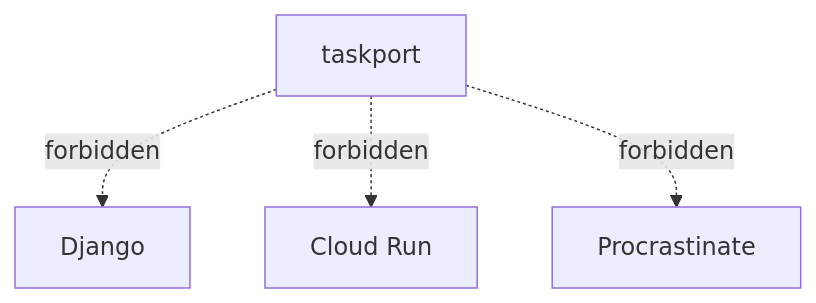
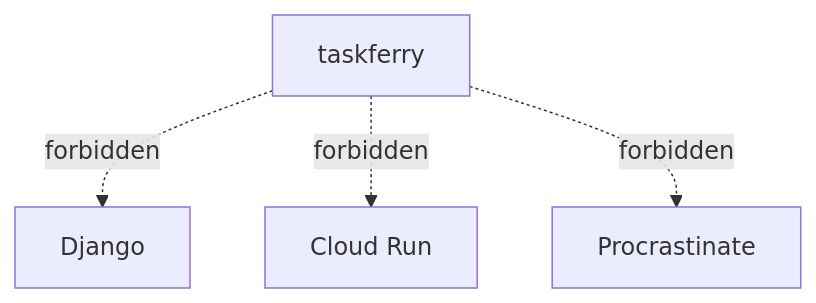
The second of 3 diagrams in docs/architecture/overview.md (xiidigital/taskferry), drawn with Mermaid before and after one commit. The commit also changed other lines of this file and 424 other files, not shown here.

First line of the commit message:
refactor: rebrand taskport to taskferry across all distributions

````diff
--- a/docs/architecture/overview.md
+++ b/docs/architecture/overview.md
@@ -25,7 +25,7 @@
 ```mermaid
 flowchart TD
-    CORE["taskport"]
+    CORE["taskferry"]
     CORE -.->|"forbidden"| DJANGO["Django"]
     CORE -.->|"forbidden"| CLOUDRUN["Cloud Run"]
     CORE -.->|"forbidden"| PROCRASTINATE["Procrastinate"]
 ```
````
